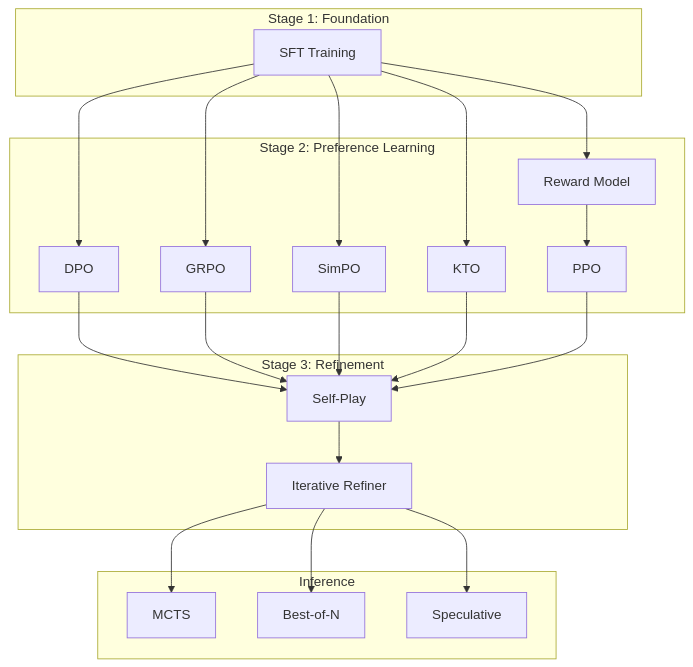
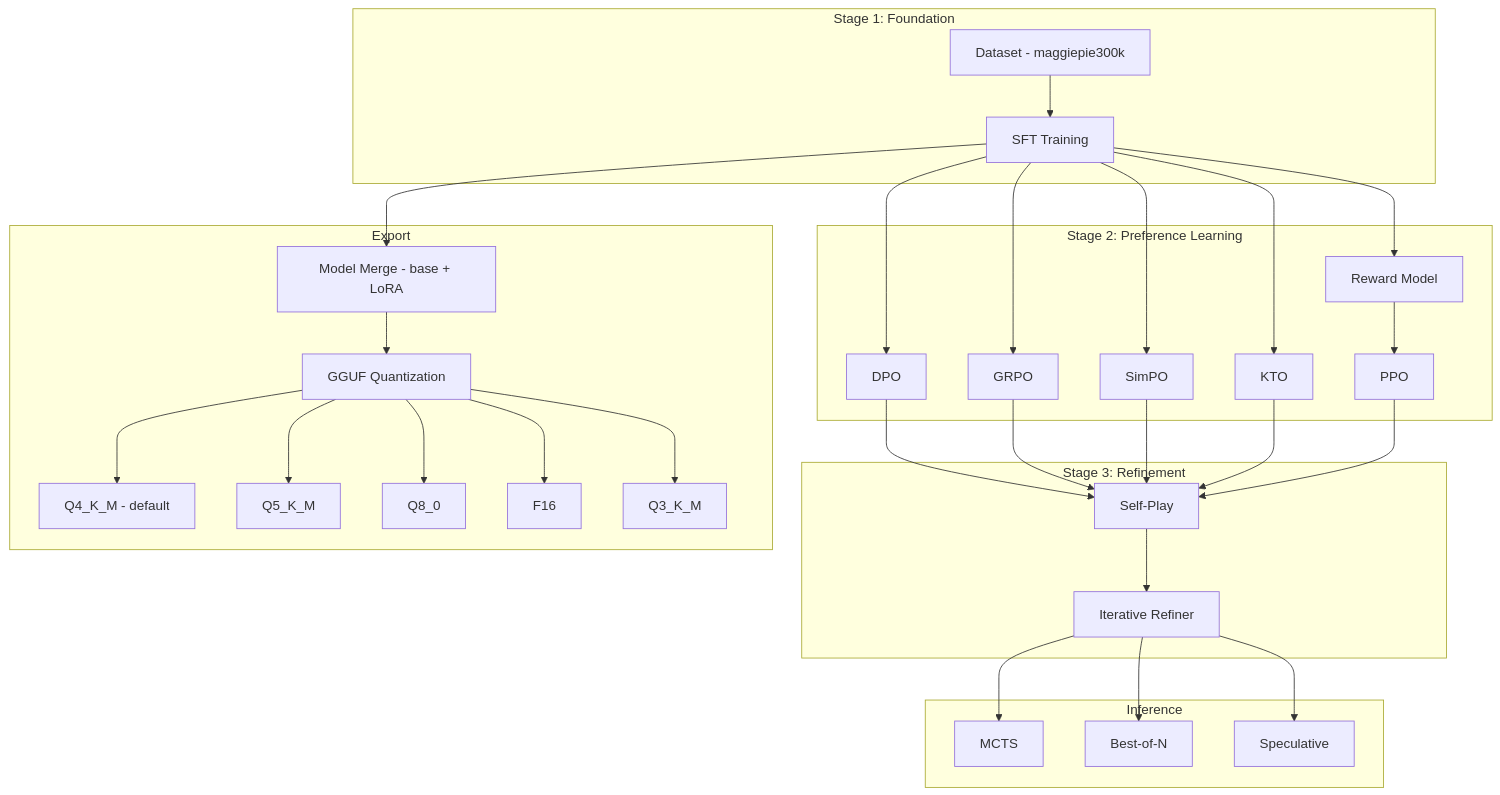
Before and after one commit to calisweetleaf/Reinforcement-Learning-Full-Pipeline: the diagram in README.md, drawn with Mermaid. The commit also changed other lines of this file and 9 other files, not shown here.

Commit message:
Inference optimizations now runtime rl-'able' for use with model_merging for one base weights. Currently used tested and will be released on qwen3_1.7b f16, full MaggiePie 300k, and rlhf.py.

````diff
--- a/README.md
+++ b/README.md
@@ -122,44 +133,64 @@
 ```mermaid
 graph TB
     subgraph "Stage 1: Foundation"
         SFT[SFT Training]
+        DATA[Dataset - maggiepie300k]
     end
     
     subgraph "Stage 2: Preference Learning"
         RM[Reward Model]
         DPO[DPO]
         GRPO[GRPO]
         SimPO[SimPO]
         KTO[KTO]
         PPO[PPO]
     end
     
     subgraph "Stage 3: Refinement"
         SP[Self-Play]
         IR[Iterative Refiner]
     end
     
     subgraph "Inference"
         MCTS[MCTS]
         BoN[Best-of-N]
         SD[Speculative]
     end
+
+    subgraph "Export"
+        MERGE[Model Merge - base + LoRA]
+        GGUF[GGUF Quantization]
+        Q4[Q4_K_M - default]
+        Q5[Q5_K_M]
+        Q8[Q8_0]
+        F16[F16]
+        Q3[Q3_K_M]
+    end
     
+    DATA --> SFT
     SFT --> RM
     SFT --> DPO
     SFT --> GRPO
     SFT --> SimPO
     SFT --> KTO
     RM --> PPO
+    
+    SFT --> MERGE
+    MERGE --> GGUF
+    GGUF --> Q4
+    GGUF --> Q5
+    GGUF --> Q8
+    GGUF --> F16
+    GGUF --> Q3
     
     DPO --> SP
     GRPO --> SP
     SimPO --> SP
     KTO --> SP
     PPO --> SP
     
     SP --> IR
     IR --> MCTS
     IR --> BoN
     IR --> SD
 ```
````
